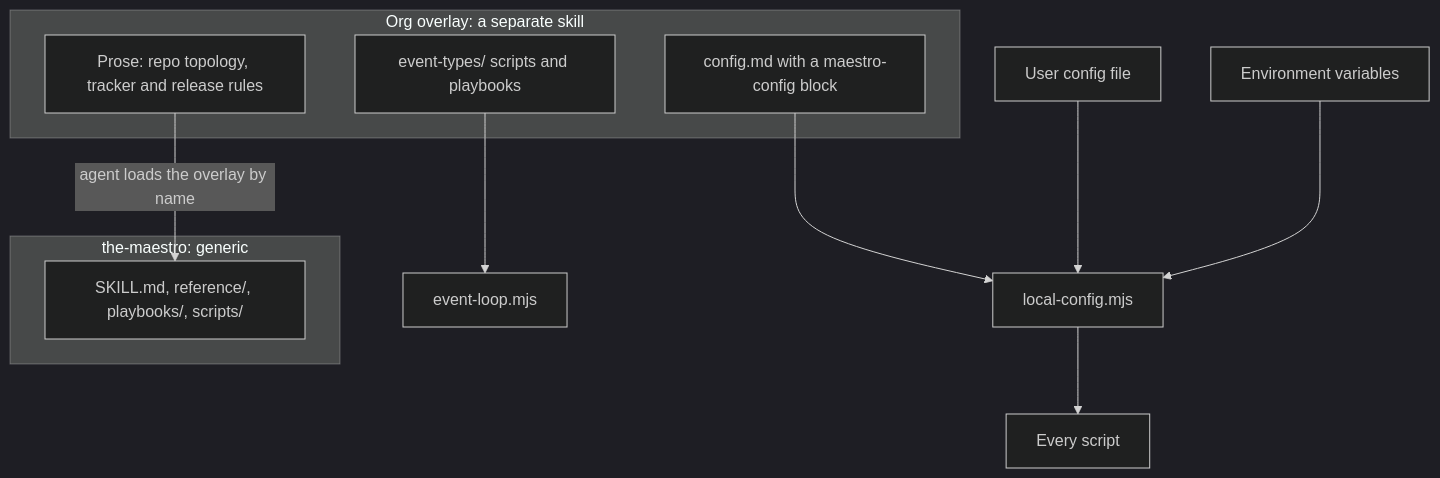
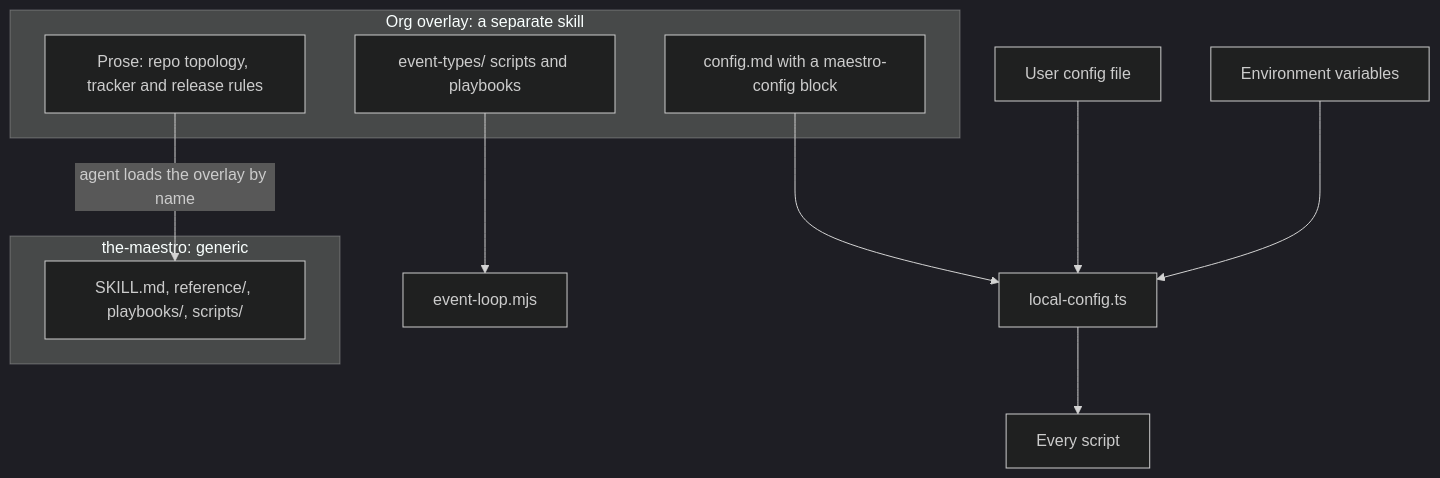
Before and after one commit to jackreichert/the-maestro: the sixth of 6 diagrams in README.md, drawn with Mermaid (dark theme). The commit also changed other lines of this file and 18 other files, not shown here.

````diff
--- a/README.md
+++ b/README.md
@@ -479,17 +479,17 @@
 ```mermaid
 flowchart TD
     subgraph generic [the-maestro: generic]
         S[SKILL.md, reference/, playbooks/, scripts/]
     end
     subgraph overlay [Org overlay: a separate skill]
         C[config.md with a maestro-config block]
         P[Prose: repo topology, tracker and release rules]
         ET[event-types/ scripts and playbooks]
     end
-    ENV[Environment variables] --> LC[local-config.mjs]
+    ENV[Environment variables] --> LC[local-config.ts]
     UF[User config file] --> LC
     C --> LC
     LC --> SC[Every script]
     P -- "agent loads the overlay by name" --> S
     ET --> EL[event-loop.mjs]
 ```
````
